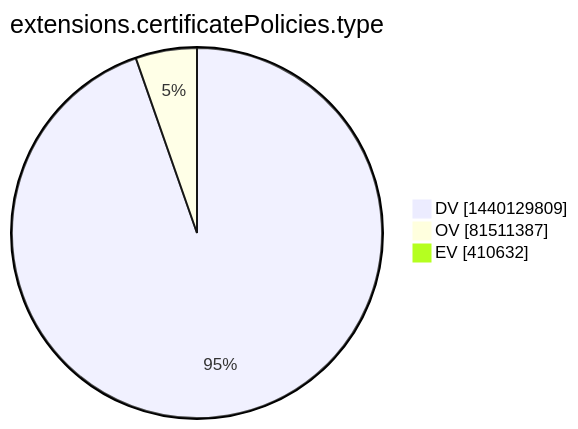
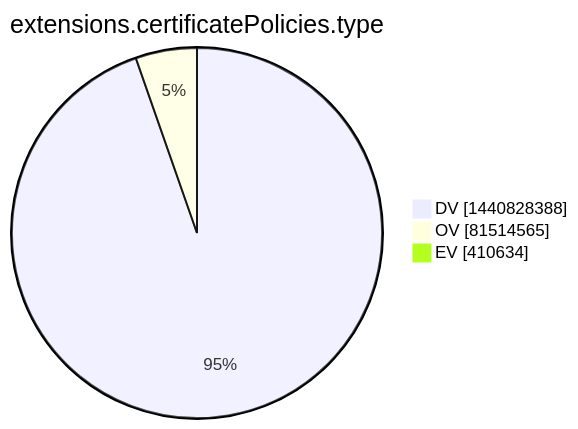
The tenth of 15 diagrams in xenon2022/README.md (christiankrug/ctmonitor_visualization), drawn with Mermaid before and after one commit. The commit also changed other lines of this file, not shown here.

````diff
--- a/xenon2022/README.md
+++ b/xenon2022/README.md
@@ -2867,7 +2867,7 @@
 ```mermaid
 pie showData
 title extensions.certificatePolicies.type
-"DV" :1440129809
-"OV" :81511387
-"EV" :410632
+"DV" :1440828388
+"OV" :81514565
+"EV" :410634
 ```
````
